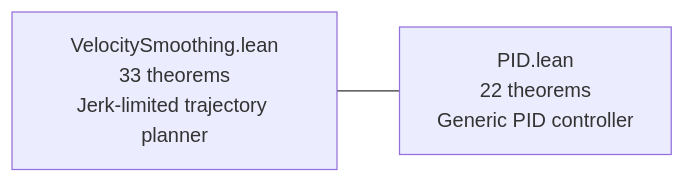
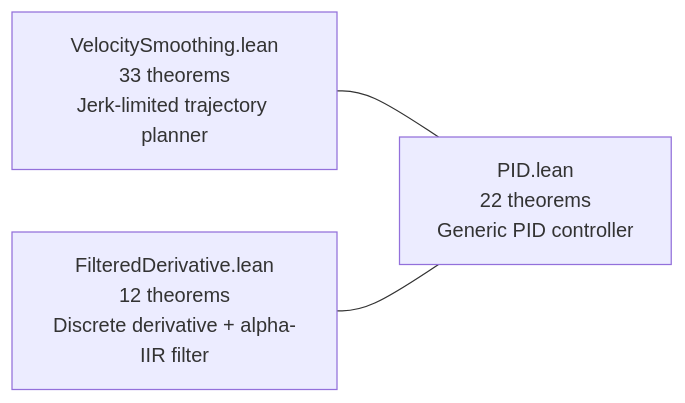
Before and after one commit to fsprojects/PX4-Autopilot: diagram 12 of 18 in formal-verification/REPORT.md, drawn with Mermaid. The commit also changed other lines of this file and 2 other files, not shown here.

First line of the commit message:
feat(fv): run108 — REPORT.md 555 theorems + new research targets (GainCompression, SensorOrientation)

````diff
--- a/formal-verification/REPORT.md
+++ b/formal-verification/REPORT.md
@@ -375,6 +380,8 @@
 ```mermaid
 graph LR
     VS["VelocitySmoothing.lean<br/>33 theorems<br/>Jerk-limited trajectory planner"]
     PID["PID.lean<br/>22 theorems<br/>Generic PID controller"]
+    FD["FilteredDerivative.lean<br/>12 theorems<br/>Discrete derivative + alpha-IIR filter"]
     VS --- PID
+    FD --- PID
 ```
````
